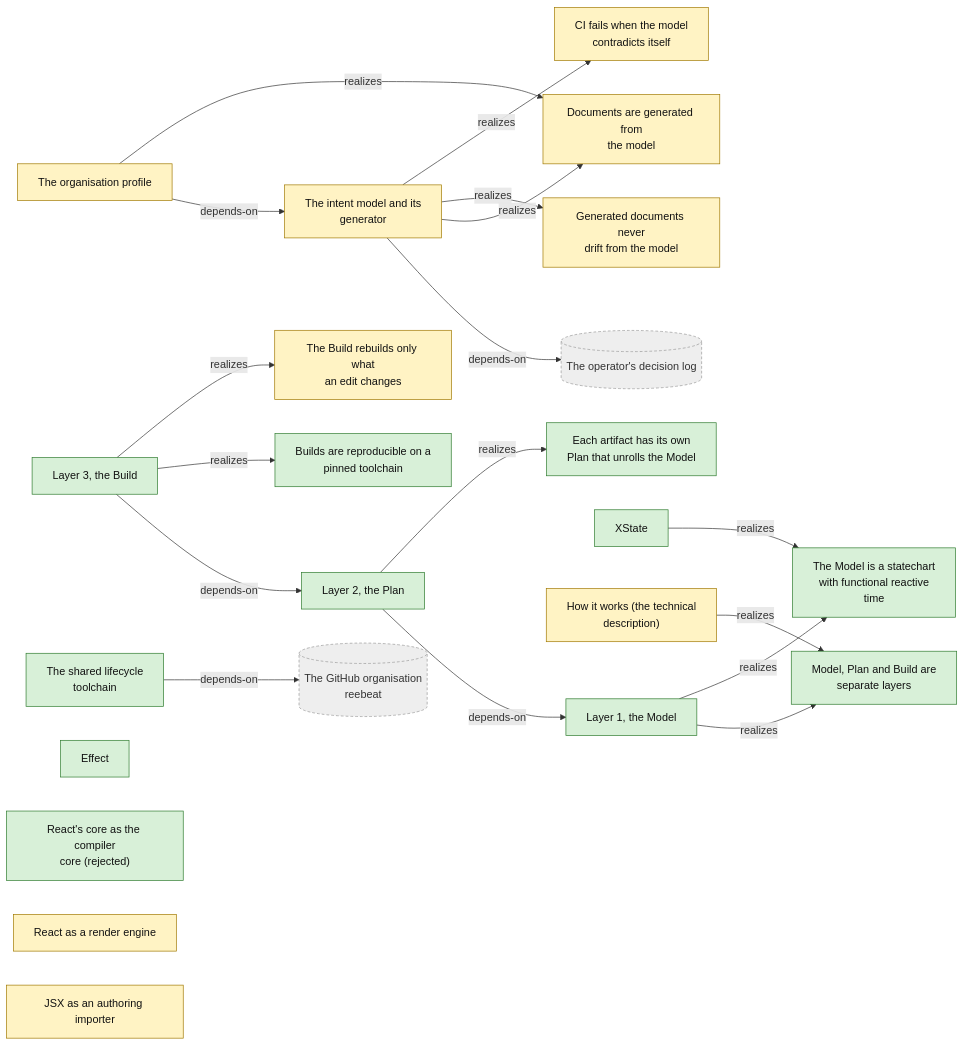
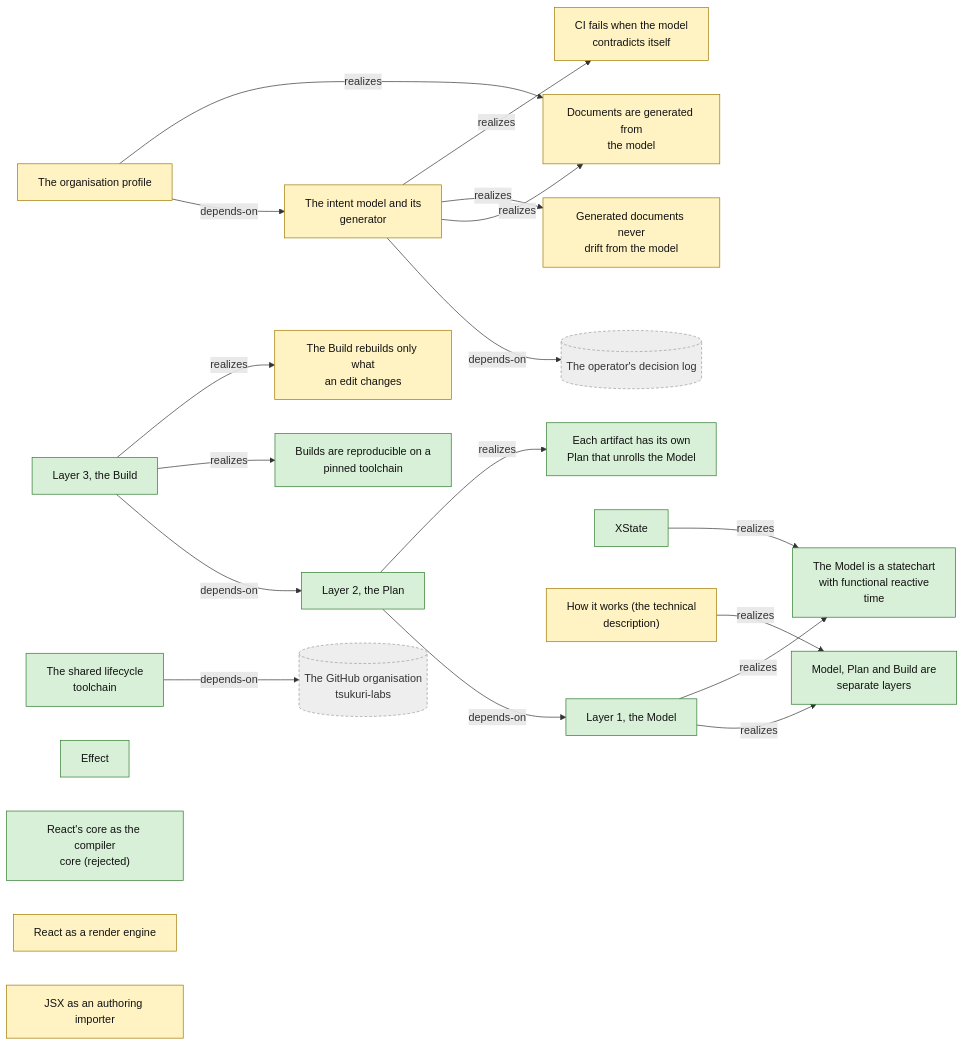
The first of 8 diagrams in docs/technical-components.md (reebeat/.github), drawn with Mermaid before and after one commit. The commit also changed other lines of this file and 71 other files, not shown here.

First line of the commit message:
chore: rename reebeat to tsukuri (spec 0003)

````diff
--- a/docs/technical-components.md
+++ b/docs/technical-components.md
@@ -13,45 +13,45 @@
 ```mermaid
 flowchart LR
     classDef decided fill:#d8f0d8,stroke:#2d7a2d,color:#111
     classDef proposed fill:#fff3c4,stroke:#a07800,color:#111
     classDef open fill:#f8d7d7,stroke:#a02020,color:#111
     classDef outside fill:#eee,stroke:#999,color:#333,stroke-dasharray:4 3
     isgoal_org_docs_generated_from_model["Documents are generated from<br/>the model"]:::proposed
     req_org_intent_checks["CI fails when the model<br/>contradicts itself"]:::proposed
     req_org_model_drift["Generated documents never<br/>drift from the model"]:::proposed
     comp_org_intent_model["The intent model and its<br/>generator"]:::proposed
     comp_org_profile["The organisation profile"]:::proposed
     comp_org_lifecycle_toolchain["The shared lifecycle<br/>toolchain"]:::decided
     isgoal_org_three_layers["Model, Plan and Build are<br/>separate layers"]:::decided
     req_org_model_statechart_time["The Model is a statechart<br/>with functional reactive<br/>time"]:::decided
     req_org_plan_per_artifact["Each artifact has its own<br/>Plan that unrolls the Model"]:::decided
     req_org_build_incremental["The Build rebuilds only what<br/>an edit changes"]:::proposed
     req_org_build_reproducible["Builds are reproducible on a<br/>pinned toolchain"]:::decided
     comp_org_layer_model["Layer 1, the Model"]:::decided
     comp_org_layer_plan["Layer 2, the Plan"]:::decided
     comp_org_layer_build["Layer 3, the Build"]:::decided
     comp_org_effect["Effect"]:::decided
     comp_org_xstate["XState"]:::decided
     comp_org_react_core_compiler["React's core as the compiler<br/>core (rejected)"]:::decided
     comp_org_react_render_engine["React as a render engine"]:::proposed
     comp_org_jsx_importer["JSX as an authoring importer"]:::proposed
     comp_org_how_it_works["How it works (the technical<br/>description)"]:::proposed
     resource_decision_log[("The operator's decision log")]:::outside
-    resource_github_org[("The GitHub organisation<br/>reebeat")]:::outside
+    resource_github_org[("The GitHub organisation<br/>tsukuri-labs")]:::outside
     comp_org_intent_model -->|realizes| req_org_intent_checks
     comp_org_intent_model -->|realizes| req_org_model_drift
     comp_org_intent_model -->|realizes| isgoal_org_docs_generated_from_model
     comp_org_intent_model -->|depends-on| resource_decision_log
     comp_org_profile -->|realizes| isgoal_org_docs_generated_from_model
     comp_org_profile -->|depends-on| comp_org_intent_model
     comp_org_lifecycle_toolchain -->|depends-on| resource_github_org
     comp_org_layer_model -->|realizes| req_org_model_statechart_time
     comp_org_layer_model -->|realizes| isgoal_org_three_layers
     comp_org_layer_plan -->|realizes| req_org_plan_per_artifact
     comp_org_layer_plan -->|depends-on| comp_org_layer_model
     comp_org_layer_build -->|realizes| req_org_build_incremental
     comp_org_layer_build -->|realizes| req_org_build_reproducible
     comp_org_layer_build -->|depends-on| comp_org_layer_plan
     comp_org_xstate -->|realizes| req_org_model_statechart_time
     comp_org_how_it_works -->|realizes| isgoal_org_three_layers
 ```
````
